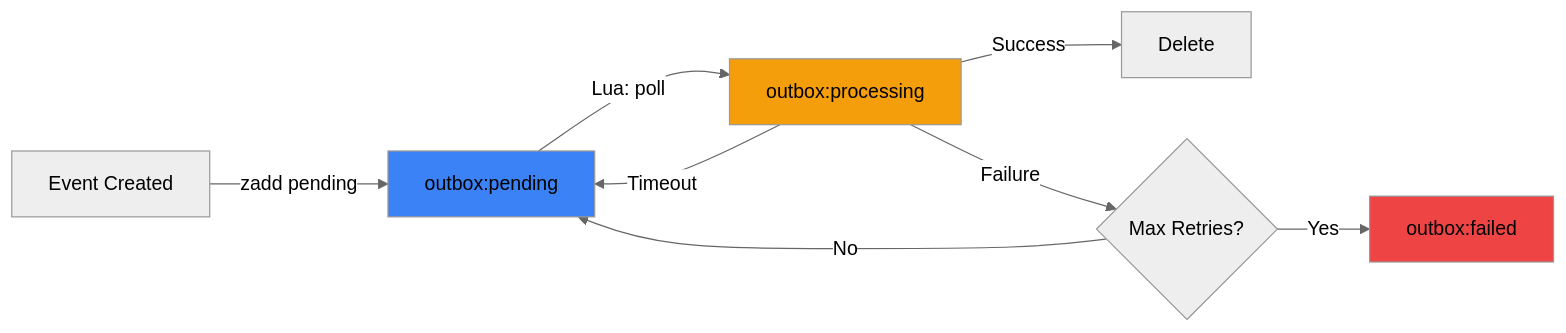
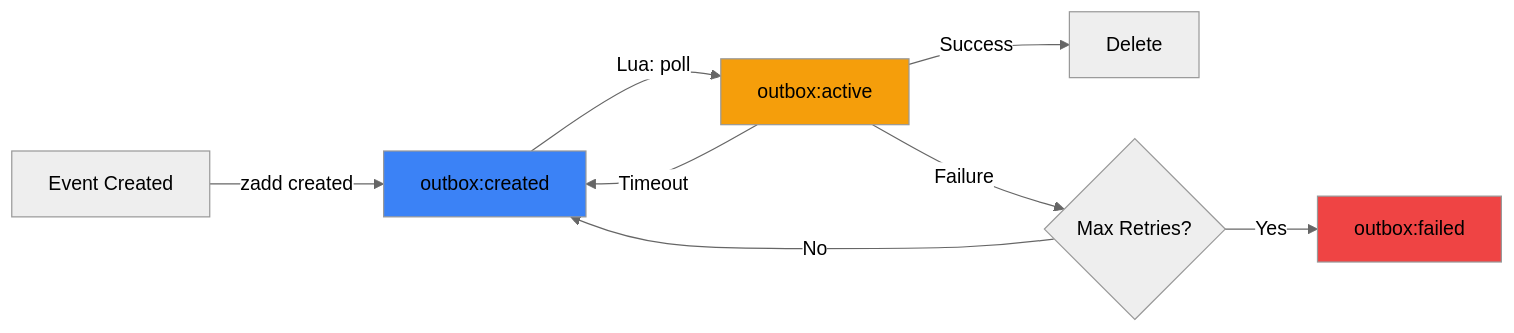
The diagram in adapters/redis-ioredis/README.md (dunika/outbox-event-bus), drawn with Mermaid (neutral theme) before and after one commit. The commit also changed other lines of this file and 104 other files, not shown here.

````diff
--- a/adapters/redis-ioredis/README.md
+++ b/adapters/redis-ioredis/README.md
@@ -69,14 +69,14 @@
 ```mermaid
 graph LR
-    A[Event Created] -->|zadd pending| B[outbox:pending]
-    B -->|Lua: poll| C[outbox:processing]
+    A[Event Created] -->|zadd created| B[outbox:created]
+    B -->|Lua: poll| C[outbox:active]
     C -->|Success| D[Delete]
     C -->|Failure| E{Max Retries?}
     E -->|No| B
     E -->|Yes| F[outbox:failed]
     C -->|Timeout| B
     
     style B fill:#3b82f6
     style C fill:#f59e0b
     style F fill:#ef4444
 ```
````
